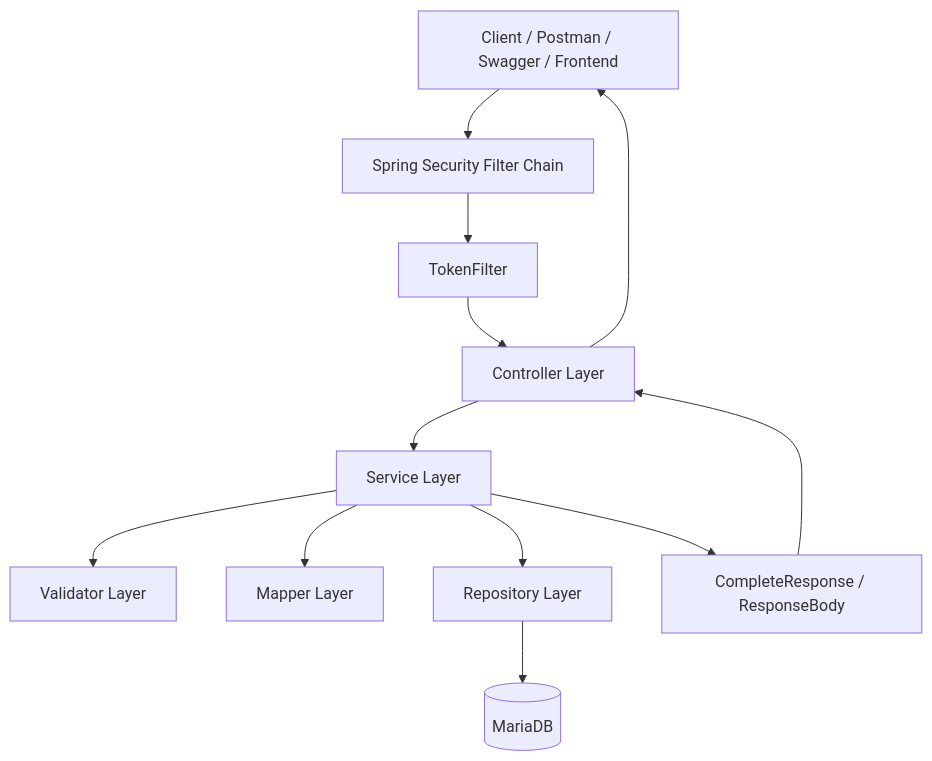
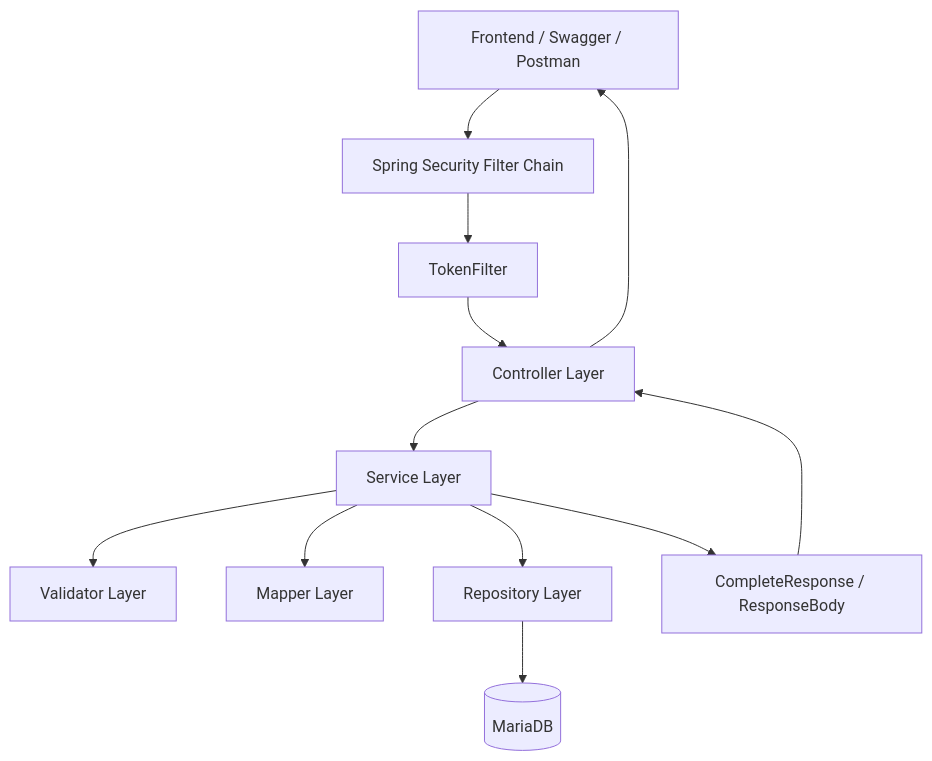
The diagram in backend/README.md (JustinBui22/wandermate-fullstack), drawn with Mermaid before and after one commit. The commit also changed other lines of this file and 14 other files, not shown here.

````diff
--- a/backend/README.md
+++ b/backend/README.md
@@ -48,14 +54,14 @@
 ```mermaid
 flowchart TD
-    Client[Client / Postman / Swagger / Frontend] --> Security[Spring Security Filter Chain]
+    Client[Frontend / Swagger / Postman] --> Security[Spring Security Filter Chain]
     Security --> TokenFilter[TokenFilter]
     TokenFilter --> Controller[Controller Layer]
     Controller --> Service[Service Layer]
     Service --> Validator[Validator Layer]
     Service --> Mapper[Mapper Layer]
     Service --> Repository[Repository Layer]
     Repository --> DB[(MariaDB)]
     Service --> Response[CompleteResponse / ResponseBody]
     Response --> Controller
     Controller --> Client
 ```
````
